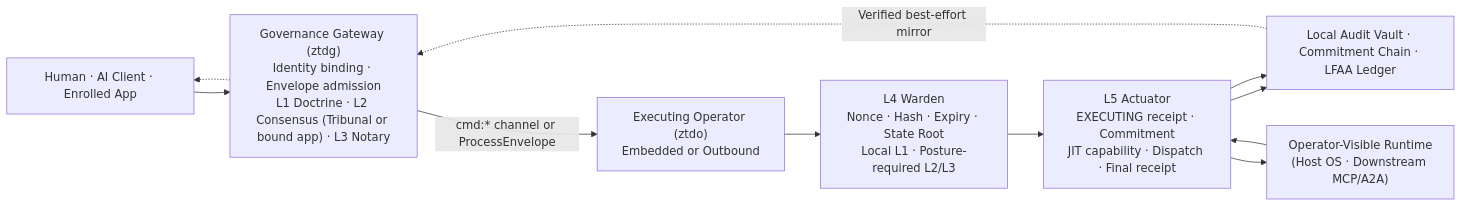
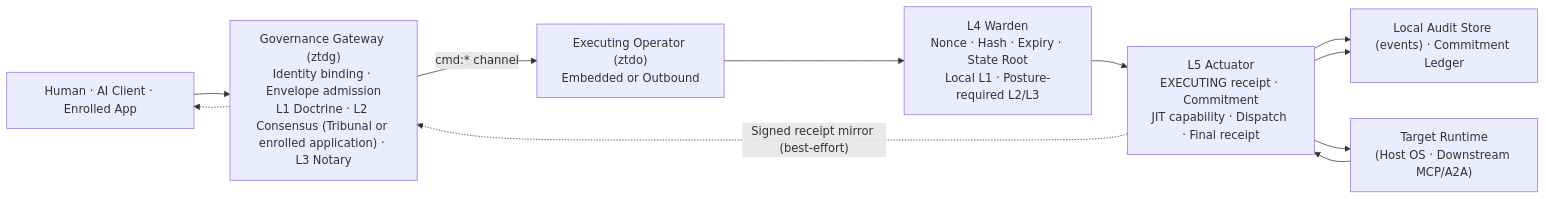
Before and after one commit to zerotrustdata/ztd: the diagram in docs/diagrams/flowchart-system-overview-lr.md, drawn with Mermaid. The commit also changed other lines of this file and 641 other files, not shown here.

First line of the commit message:
v1.3.0-2 : Tribunal Consensus and Governed Execution (#76)

````diff
--- a/docs/diagrams/flowchart-system-overview-lr.md
+++ b/docs/diagrams/flowchart-system-overview-lr.md
@@ -27,21 +27,21 @@
 ```mermaid
 flowchart LR
     Client["Human · AI Client · Enrolled App"]
-    Gateway["Governance Gateway (ztdg)<br/>Identity binding · Envelope admission<br/>L1 Doctrine · L2 Consensus (Tribunal or bound app) · L3 Notary"]
+    Gateway["Governance Gateway (ztdg)<br/>Identity binding · Envelope admission<br/>L1 Doctrine · L2 Consensus (Tribunal or enrolled application) · L3 Notary"]
     Operator["Executing Operator (ztdo)<br/>Embedded or Outbound"]
     L4Warden["L4 Warden<br/>Nonce · Hash · Expiry · State Root<br/>Local L1 · Posture-required L2/L3"]
     L5Actuator["L5 Actuator<br/>EXECUTING receipt · Commitment<br/>JIT capability · Dispatch · Final receipt"]
-    Vault["Local Audit Vault · Commitment Chain · LFAA Ledger"]
-    Target["Operator-Visible Runtime<br/>(Host OS · Downstream MCP/A2A)"]
+    AuditStore["Local Audit Store (events) · Commitment Ledger"]
+    Target["Target Runtime<br/>(Host OS · Downstream MCP/A2A)"]
 
     Client --> Gateway
-    Gateway -->|"cmd:* channel or ProcessEnvelope"| Operator
+    Gateway -->|"cmd:* channel"| Operator
     Operator --> L4Warden
     L4Warden --> L5Actuator
-    L5Actuator --> Vault
+    L5Actuator --> AuditStore
     L5Actuator --> Target
     Target --> L5Actuator
-    L5Actuator --> Vault
-    Vault -.->|"Verified best-effort mirror"| Gateway
+    L5Actuator --> AuditStore
+    L5Actuator -.->|"Signed receipt mirror (best-effort)"| Gateway
     Gateway -.-> Client
 ```
````
